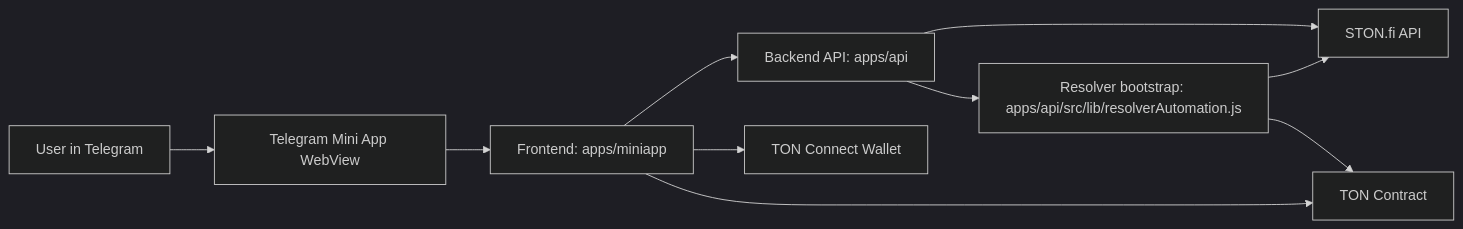
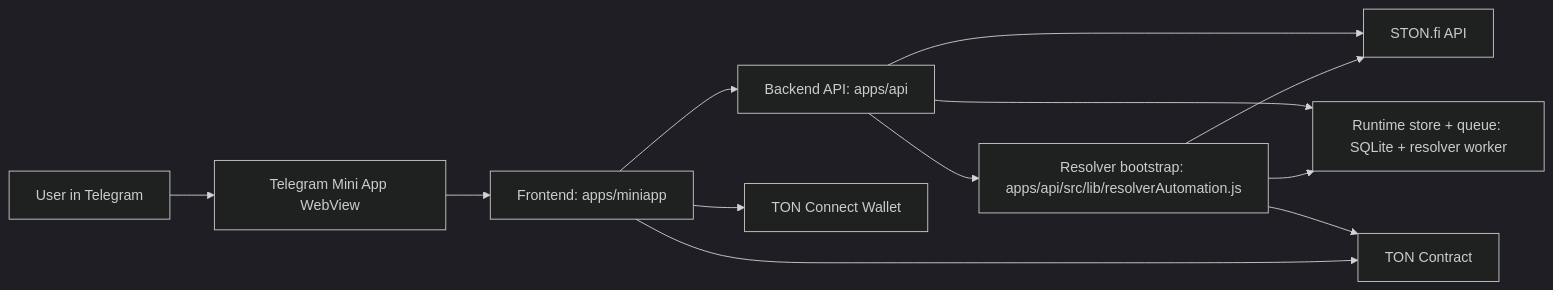
Before and after one commit to uxuialex/TonForecast: the diagram in docs/architecture.md, drawn with Mermaid (dark theme). The commit also changed other lines of this file and 19 other files, not shown here.

````diff
--- a/docs/architecture.md
+++ b/docs/architecture.md
@@ -16,12 +16,14 @@
 ```mermaid
 flowchart LR
     U["User in Telegram"] --> T["Telegram Mini App WebView"]
     T --> F["Frontend: apps/miniapp"]
     F --> A["Backend API: apps/api"]
     F --> W["TON Connect Wallet"]
     A --> S["STON.fi API"]
+    A --> Q["Runtime store + queue: SQLite + resolver worker"]
     A --> R["Resolver bootstrap: apps/api/src/lib/resolverAutomation.js"]
     R --> S
+    R --> Q
     R --> C["TON Contract"]
     F --> C
 ```
````
